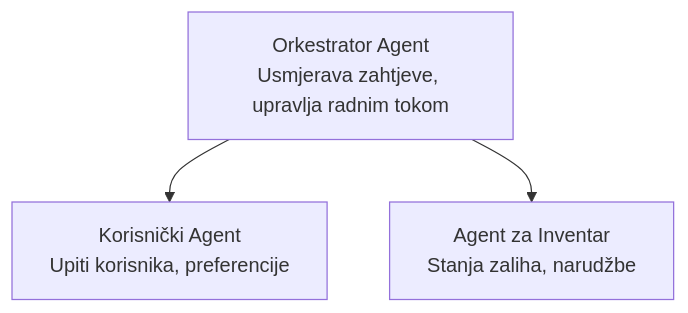
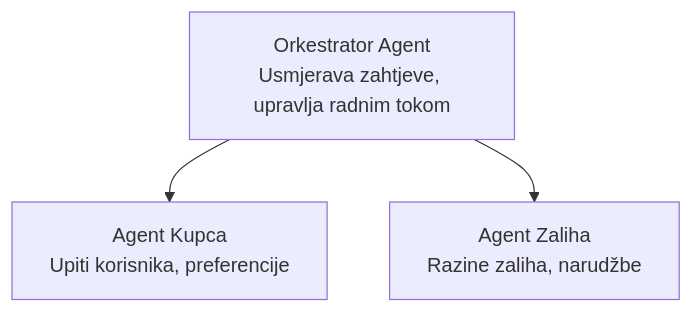
One commit to microsoft/AZD-for-beginners changed the diagram in translations/hr/docs/chapter-05-multi-agent/README.md. Above: the diagram before and after it, drawn with Mermaid. The commit also changed other lines of this file and 60 other files, not shown here.

````diff
--- a/translations/hr/docs/chapter-05-multi-agent/README.md
+++ b/translations/hr/docs/chapter-05-multi-agent/README.md
@@ -54,5 +54,5 @@
 ```mermaid
 graph TD
-    Orchestrator[Orkestrator Agent<br/>Usmjerava zahtjeve, upravlja radnim tokom] --> Customer[Korisnički Agent<br/>Upiti korisnika, preferencije]
-    Orchestrator --> Inventory[Agent za Inventar<br/>Stanja zaliha, narudžbe]
+    Orchestrator[Orkestrator Agent<br/>Usmjerava zahtjeve, upravlja radnim tokom] --> Customer[Agent Kupca<br/>Upiti korisnika, preferencije]
+    Orchestrator --> Inventory[Agent Zaliha<br/>Razine zaliha, narudžbe]
 ```
````
